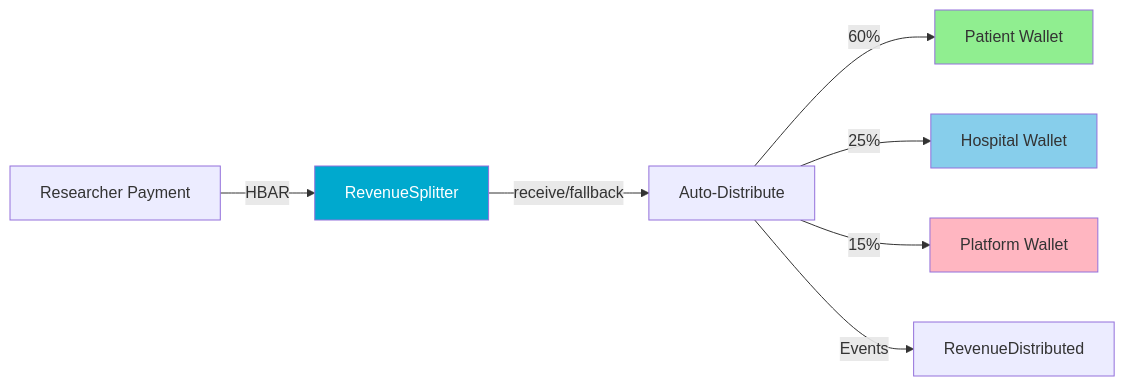
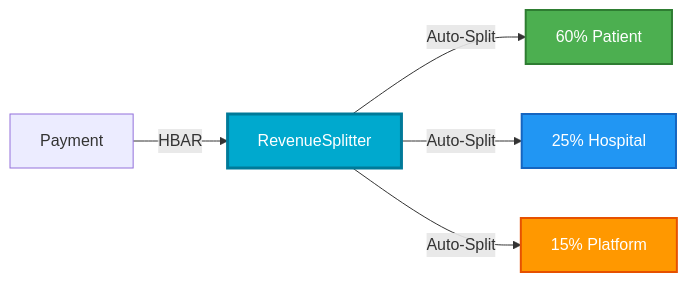
The seventh of 9 diagrams in README.md (najuna-brian/medipact), drawn with Mermaid before and after one commit. The commit also changed other lines of this file, not shown here.

````diff
--- a/README.md
+++ b/README.md
@@ -304,14 +287,12 @@
 ```mermaid
 graph LR
-    A[Researcher Payment] -->|HBAR| B[RevenueSplitter]
-    B -->|receive/fallback| C[Auto-Distribute]
-    C -->|60%| D[Patient Wallet]
-    C -->|25%| E[Hospital Wallet]
-    C -->|15%| F[Platform Wallet]
-    C -->|Events| G[RevenueDistributed]
+    A[Payment] -->|HBAR| B[RevenueSplitter]
+    B -->|Auto-Split| C[60% Patient]
+    B -->|Auto-Split| D[25% Hospital]
+    B -->|Auto-Split| E[15% Platform]
     
-    style B fill:#00A9CE,color:#fff
-    style D fill:#90EE90
-    style E fill:#87CEEB
-    style F fill:#FFB6C1
+    style B fill:#00A9CE,color:#fff,stroke:#007A99,stroke-width:3px
+    style C fill:#4CAF50,color:#fff,stroke:#2E7D32,stroke-width:2px
+    style D fill:#2196F3,color:#fff,stroke:#1565C0,stroke-width:2px
+    style E fill:#FF9800,color:#fff,stroke:#E65100,stroke-width:2px
 ```
````
